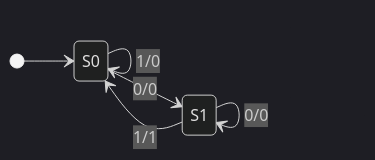
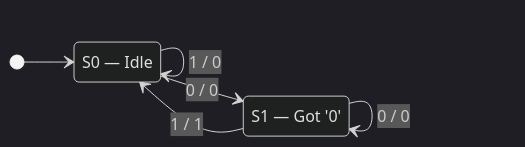
Before and after one commit to Nati-123/intelligent-textbook-ee2301: the fourth of 4 diagrams in docs/unit10-sequential-design/index.md, drawn with Mermaid (dark theme). The commit also changed other lines of this file, not shown here.

First line of the commit message:
Refine Moore vs Mealy Sequence Detector diagram: clearer labels and transitions

````diff
--- a/docs/unit10-sequential-design/index.md
+++ b/docs/unit10-sequential-design/index.md
@@ -846,12 +850,12 @@
 ```mermaid
 stateDiagram-v2
     direction LR
-    state "S0" as M0
-    state "S1" as M1
+    state "S0 — Idle" as M0
+    state "S1 — Got '0'" as M1
 
     [*] --> M0
-    M0 --> M0 : 1/0
-    M0 --> M1 : 0/0
-    M1 --> M0 : 1/1
-    M1 --> M1 : 0/0
+    M0 --> M0 : 1 / 0
+    M0 --> M1 : 0 / 0
+    M1 --> M0 : 1 / 1
+    M1 --> M1 : 0 / 0
 ```
````
